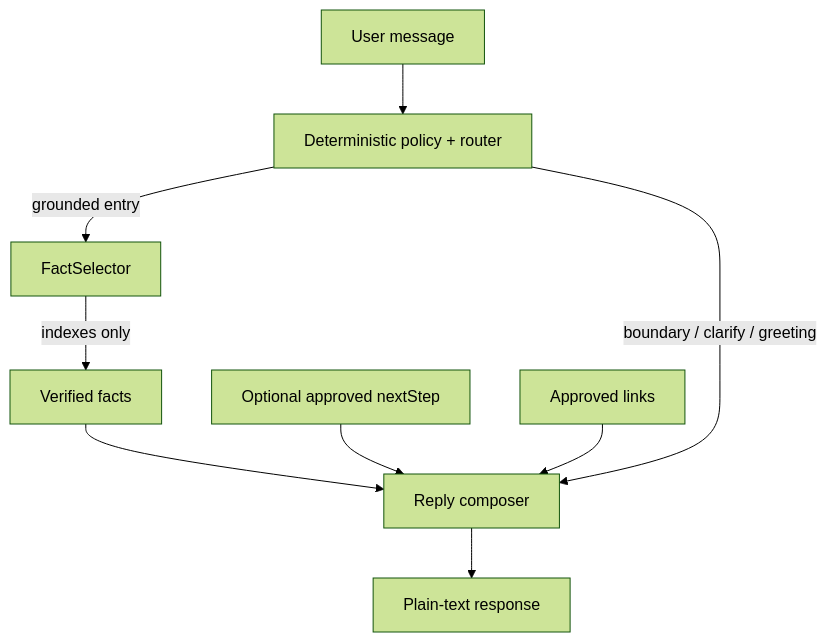
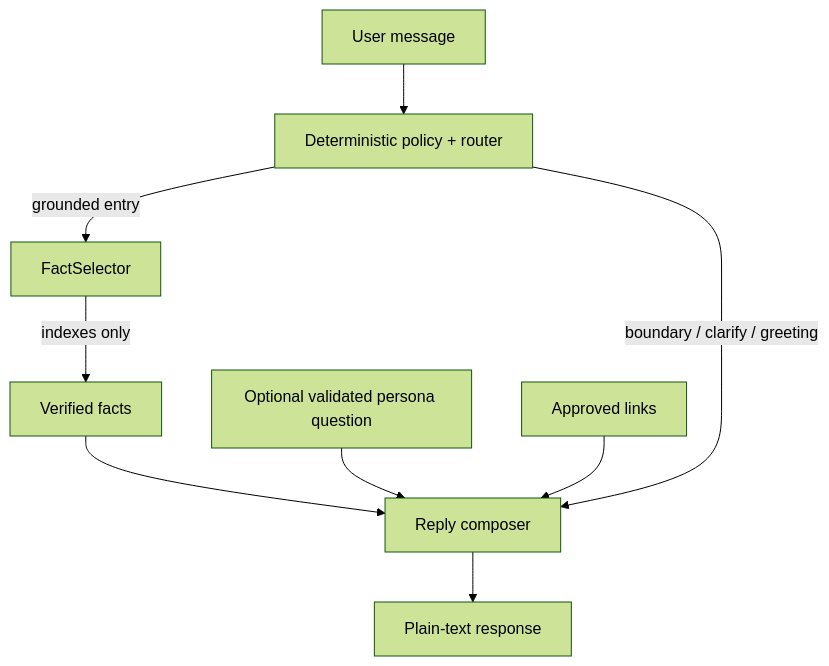
One commit to BernydotJar/Cadre_AI_Chatbot changed the second of 2 diagrams in docs/productization-architecture.md. Above: the diagram before and after it, drawn with Mermaid (forest theme). The commit also changed other lines of this file and 12 other files, not shown here.

````diff
--- a/docs/productization-architecture.md
+++ b/docs/productization-architecture.md
@@ -40,11 +40,11 @@
 ```mermaid
 flowchart TD
   U[User message] --> P[Deterministic policy + router]
   P -->|grounded entry| S[FactSelector]
   S -->|indexes only| F[Verified facts]
   F --> R[Reply composer]
-  N[Optional approved nextStep] --> R
+  N[Optional validated persona question] --> R
   L[Approved links] --> R
   R --> O[Plain-text response]
   P -->|boundary / clarify / greeting| R
 ```
````
